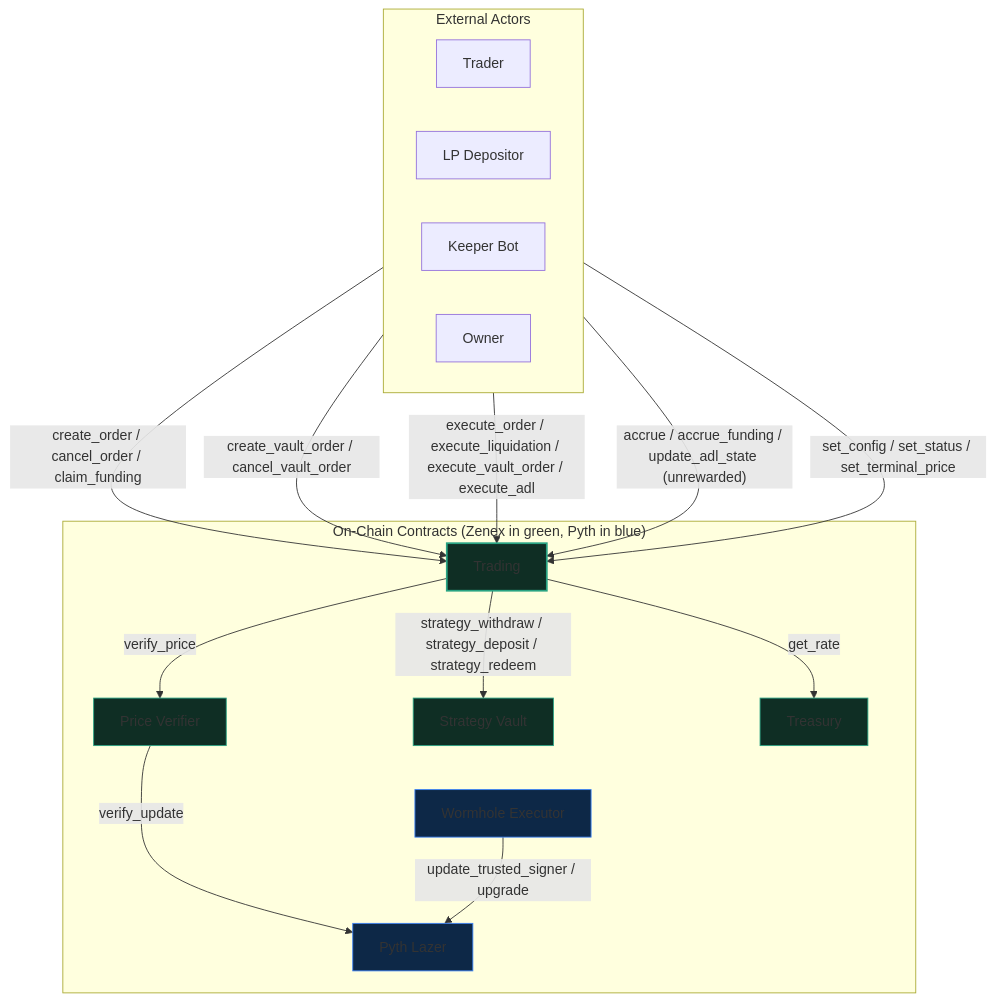
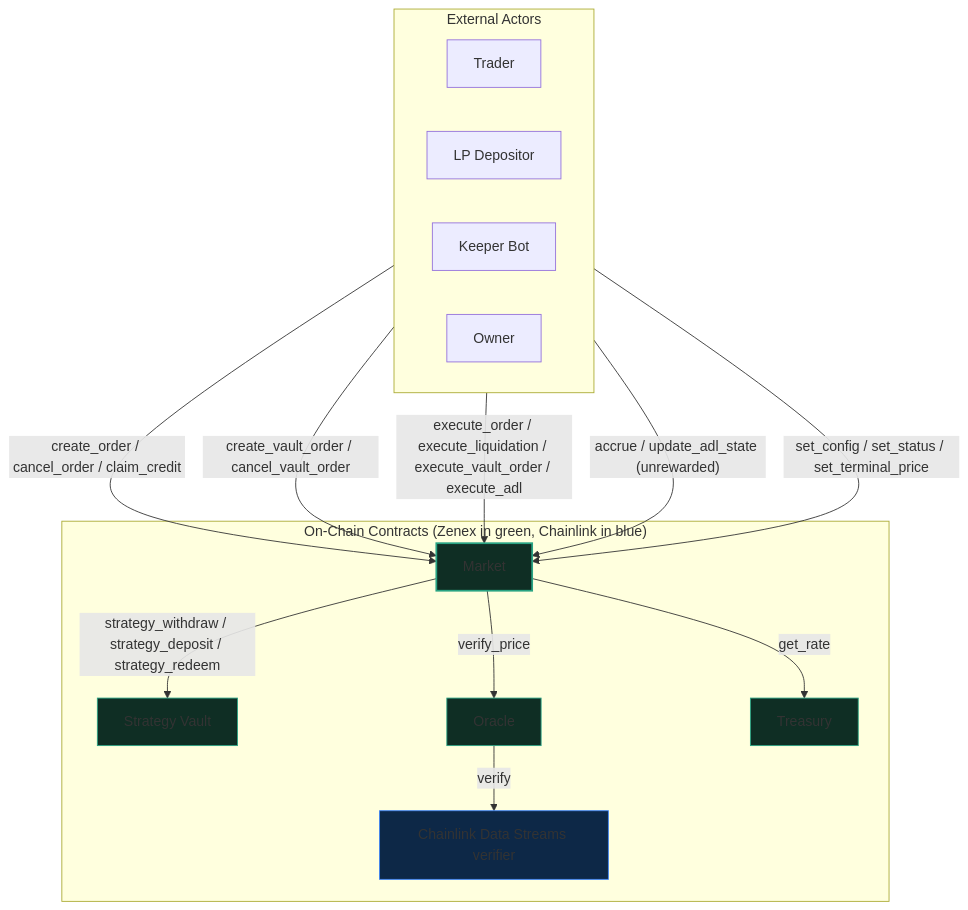
Before and after one commit to zenith-protocols/zenex-docs: the diagram in technical/index.md, drawn with Mermaid. The commit also changed other lines of this file and 71 other files, not shown here.

First line of the commit message:
docs: follow the market and router split in zenex-contracts

````diff
--- a/technical/index.md
+++ b/technical/index.md
@@ -41,42 +55,35 @@
 ```mermaid
 flowchart TB
     subgraph Actors["External Actors"]
         direction LR
         Trader["Trader"]
         LP["LP Depositor"]
         Keeper["Keeper Bot"]
         Admin["Owner"]
     end
 
-    subgraph Contracts["On-Chain Contracts (Zenex in green, Pyth in blue)"]
-        Trading["Trading"]
+    subgraph Contracts["On-Chain Contracts (Zenex in green, Chainlink in blue)"]
+        Market["Market"]
         Vault["Strategy Vault"]
-        PV["Price Verifier"]
+        PV["Oracle"]
         Treasury["Treasury"]
-        Lazer["Pyth Lazer"]
-        Executor["Wormhole Executor"]
+        Verifier["Chainlink Data Streams verifier"]
     end
 
-    Trader -->|"create_order / cancel_order / claim_funding"| Trading
-    LP -->|"create_vault_order / cancel_vault_order"| Trading
-    Keeper -->|"execute_order / execute_liquidation / execute_vault_order / execute_adl"| Trading
-    Keeper -->|"accrue / accrue_funding / update_adl_state (unrewarded)"| Trading
-    Admin -->|"set_config / set_status / set_terminal_price"| Trading
+    Trader -->|"create_order / cancel_order / claim_credit"| Market
+    LP -->|"create_vault_order / cancel_vault_order"| Market
+    Keeper -->|"execute_order / execute_liquidation / execute_vault_order / execute_adl"| Market
+    Keeper -->|"accrue / update_adl_state (unrewarded)"| Market
+    Admin -->|"set_config / set_status / set_terminal_price"| Market
 
-    Trading -->|"verify_price"| PV
-    PV -->|"verify_update"| Lazer
-    Trading -->|"strategy_withdraw / strategy_deposit / strategy_redeem"| Vault
-    Trading -->|"get_rate"| Treasury
+    Market -->|"verify_price"| PV
+    PV -->|"verify"| Verifier
+    Market -->|"strategy_withdraw / strategy_deposit / strategy_redeem"| Vault
+    Market -->|"get_rate"| Treasury
 
-    Executor -->|"update_trusted_signer / upgrade"| Lazer
-    Treasury ~~~ Executor
-    Vault ~~~ Executor
-    PV ~~~ Executor
-
-    style Trading fill:#0f2e24,stroke:#29a383,stroke-width:2px
+    style Market fill:#0f2e24,stroke:#29a383,stroke-width:2px
     style Vault fill:#0f2e24,stroke:#29a383
     style PV fill:#0f2e24,stroke:#29a383
     style Treasury fill:#0f2e24,stroke:#29a383
-    style Lazer fill:#0d2847,stroke:#3b82f6
-    style Executor fill:#0d2847,stroke:#3b82f6
+    style Verifier fill:#0d2847,stroke:#3b82f6
 ```
````
